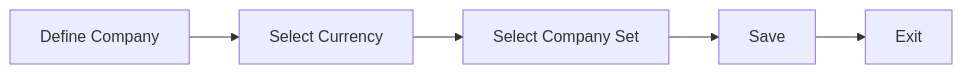
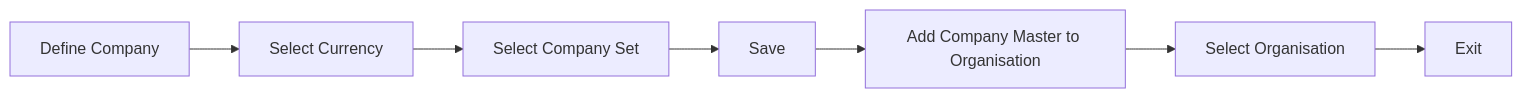
Before and after one commit to codersyacht/maximo-knowledge-center: the diagram in maximo/docs/purchasing/create-company.md, drawn with Mermaid. The commit also changed other lines of this file, not shown here.

First line of the commit message:
create-company

````diff
--- a/maximo/docs/purchasing/create-company.md
+++ b/maximo/docs/purchasing/create-company.md
@@ -22,7 +22,9 @@
 ```mermaid
 graph LR
 A[Define Company] --> B[Select Currency]
 B --> C[Select Company Set]
 C --> D[Save]
-D --> E[Exit]
+D --> E[Add Company Master to Organisation]
+E --> F[Select Organisation]
+F --> G[Exit]
 ```
````
